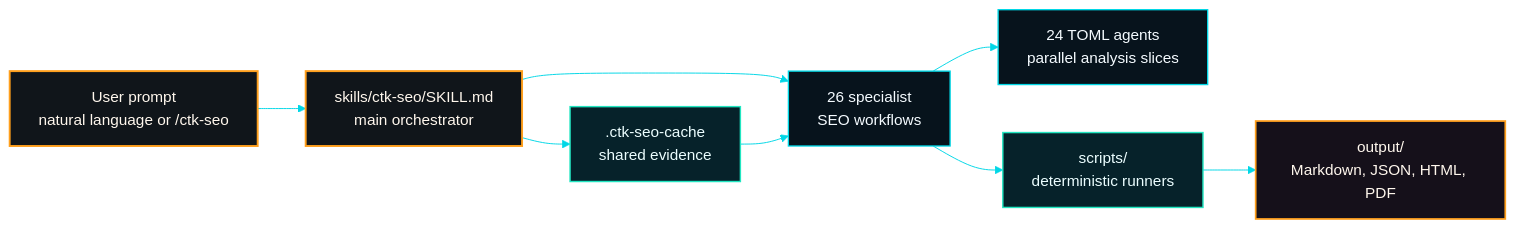
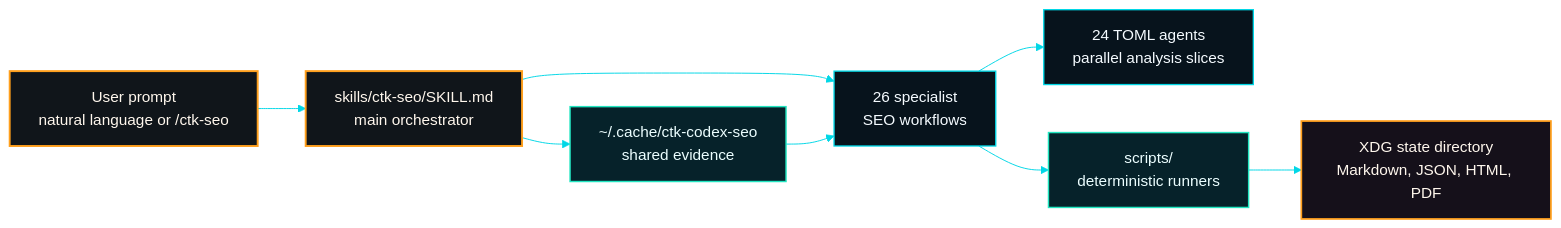
The first of 6 diagrams in README.md (ctkadvisors/codex-seo), drawn with Mermaid before and after one commit. The commit also changed other lines of this file and 76 other files, not shown here.

````diff
--- a/README.md
+++ b/README.md
@@ -119,18 +116,18 @@
 ```mermaid
 %%{init: {"theme":"base","themeVariables":{"background":"#05080d","primaryColor":"#07131c","primaryTextColor":"#f5fbff","primaryBorderColor":"#00d7e6","lineColor":"#00d7e6","secondaryColor":"#06222a","tertiaryColor":"#ff9f1c","edgeLabelBackground":"#05080d","fontFamily":"Inter, ui-sans-serif, system-ui, sans-serif"}}}%%
 flowchart LR
   user["User prompt<br/>natural language or /ctk-seo"] --> orchestrator["skills/ctk-seo/SKILL.md<br/>main orchestrator"]
-  orchestrator --> cache[".ctk-seo-cache<br/>shared evidence"]
+  orchestrator --> cache["~/.cache/ctk-codex-seo<br/>shared evidence"]
   orchestrator --> skills["26 specialist<br/>SEO workflows"]
   skills --> agents["24 TOML agents<br/>parallel analysis slices"]
   skills --> scripts["scripts/<br/>deterministic runners"]
-  scripts --> output["output/<br/>Markdown, JSON, HTML, PDF"]
+  scripts --> output["XDG state directory<br/>Markdown, JSON, HTML, PDF"]
   cache --> skills
   class user,orchestrator accent
   class cache,scripts data
   class output output
   classDef default fill:#07131c,stroke:#00d7e6,color:#f5fbff,stroke-width:1.4px
   classDef accent fill:#10151a,stroke:#ff9f1c,color:#fff7ed,stroke-width:2px
   classDef data fill:#06222a,stroke:#21e6c1,color:#ecfeff,stroke-width:1.5px
   classDef output fill:#15101a,stroke:#ff9f1c,color:#fff7ed,stroke-width:1.8px
 ```
````
